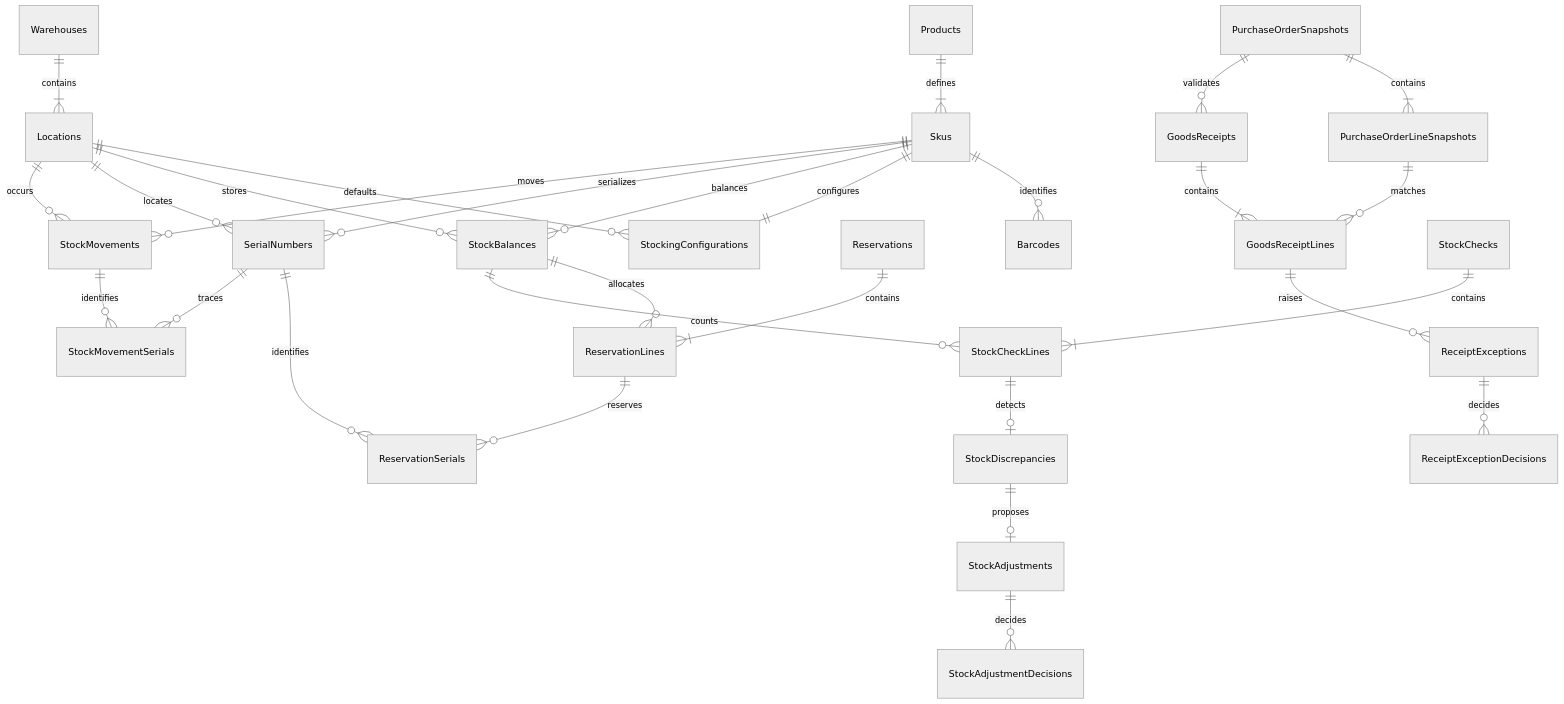
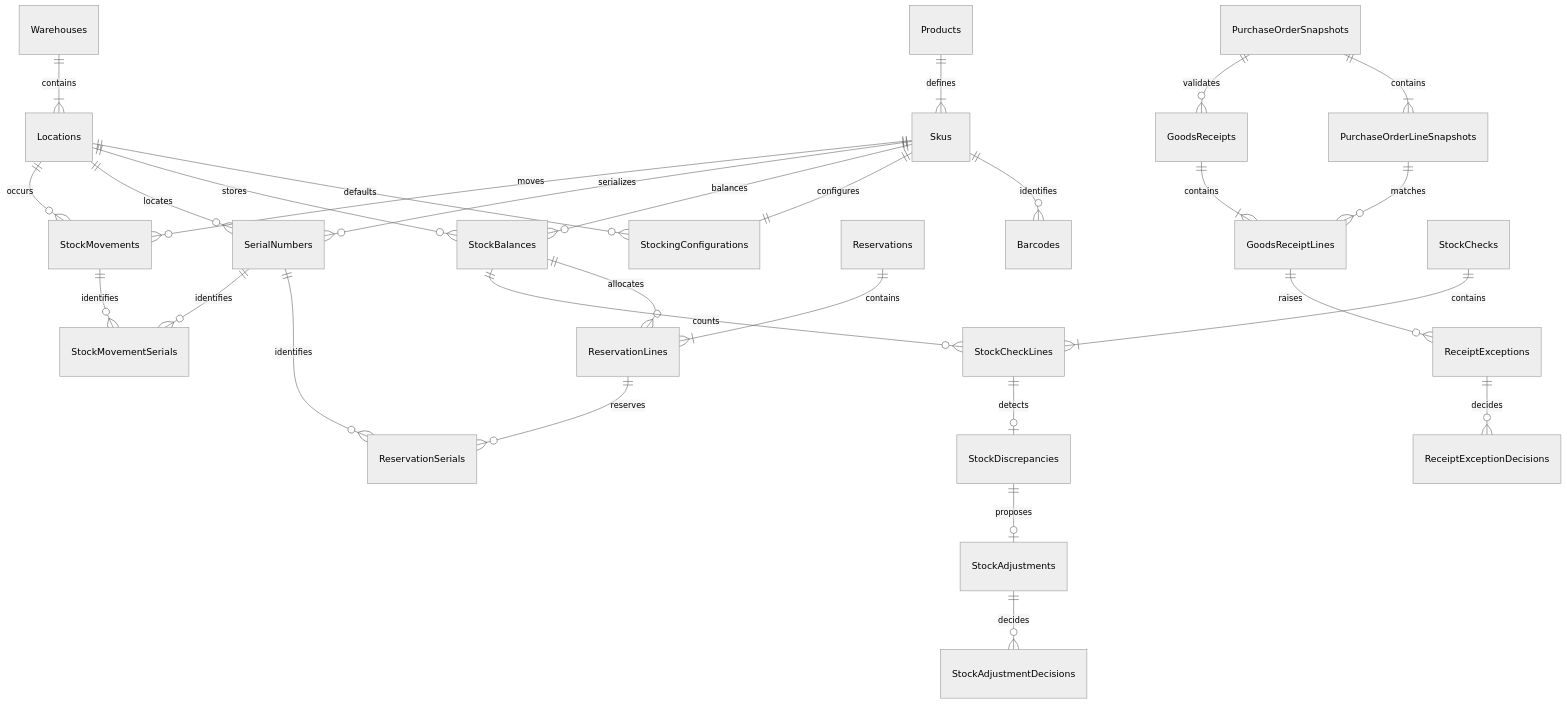
Before and after one commit to ben-cottrell/acme-erp: the diagram in docs/domain/inventory-management/database-design.md, drawn with Mermaid (neutral theme). The commit also changed other lines of this file and 25 other files, not shown here.

````diff
--- a/docs/domain/inventory-management/database-design.md
+++ b/docs/domain/inventory-management/database-design.md
@@ -22,31 +22,31 @@
 ```mermaid
 erDiagram
     Products ||--|{ Skus : defines
     Skus ||--o{ Barcodes : identifies
     Warehouses ||--|{ Locations : contains
     Skus ||--|| StockingConfigurations : configures
     Locations ||--o{ StockingConfigurations : defaults
     Skus ||--o{ StockBalances : balances
     Locations ||--o{ StockBalances : stores
     Skus ||--o{ SerialNumbers : serializes
     Locations ||--o{ SerialNumbers : locates
     PurchaseOrderSnapshots ||--|{ PurchaseOrderLineSnapshots : contains
     Reservations ||--|{ ReservationLines : contains
     StockBalances ||--o{ ReservationLines : allocates
     ReservationLines ||--o{ ReservationSerials : reserves
     SerialNumbers ||--o{ ReservationSerials : identifies
     Skus ||--o{ StockMovements : moves
     Locations ||--o{ StockMovements : occurs
     StockMovements ||--o{ StockMovementSerials : identifies
-    SerialNumbers ||--o{ StockMovementSerials : traces
+    SerialNumbers ||--o{ StockMovementSerials : identifies
     GoodsReceipts ||--|{ GoodsReceiptLines : contains
     PurchaseOrderSnapshots ||--o{ GoodsReceipts : validates
     PurchaseOrderLineSnapshots ||--o{ GoodsReceiptLines : matches
     GoodsReceiptLines ||--o{ ReceiptExceptions : raises
     ReceiptExceptions ||--o{ ReceiptExceptionDecisions : decides
     StockChecks ||--|{ StockCheckLines : contains
     StockBalances ||--o{ StockCheckLines : counts
     StockCheckLines ||--o| StockDiscrepancies : detects
     StockDiscrepancies ||--o| StockAdjustments : proposes
     StockAdjustments ||--o{ StockAdjustmentDecisions : decides
 ```
````
